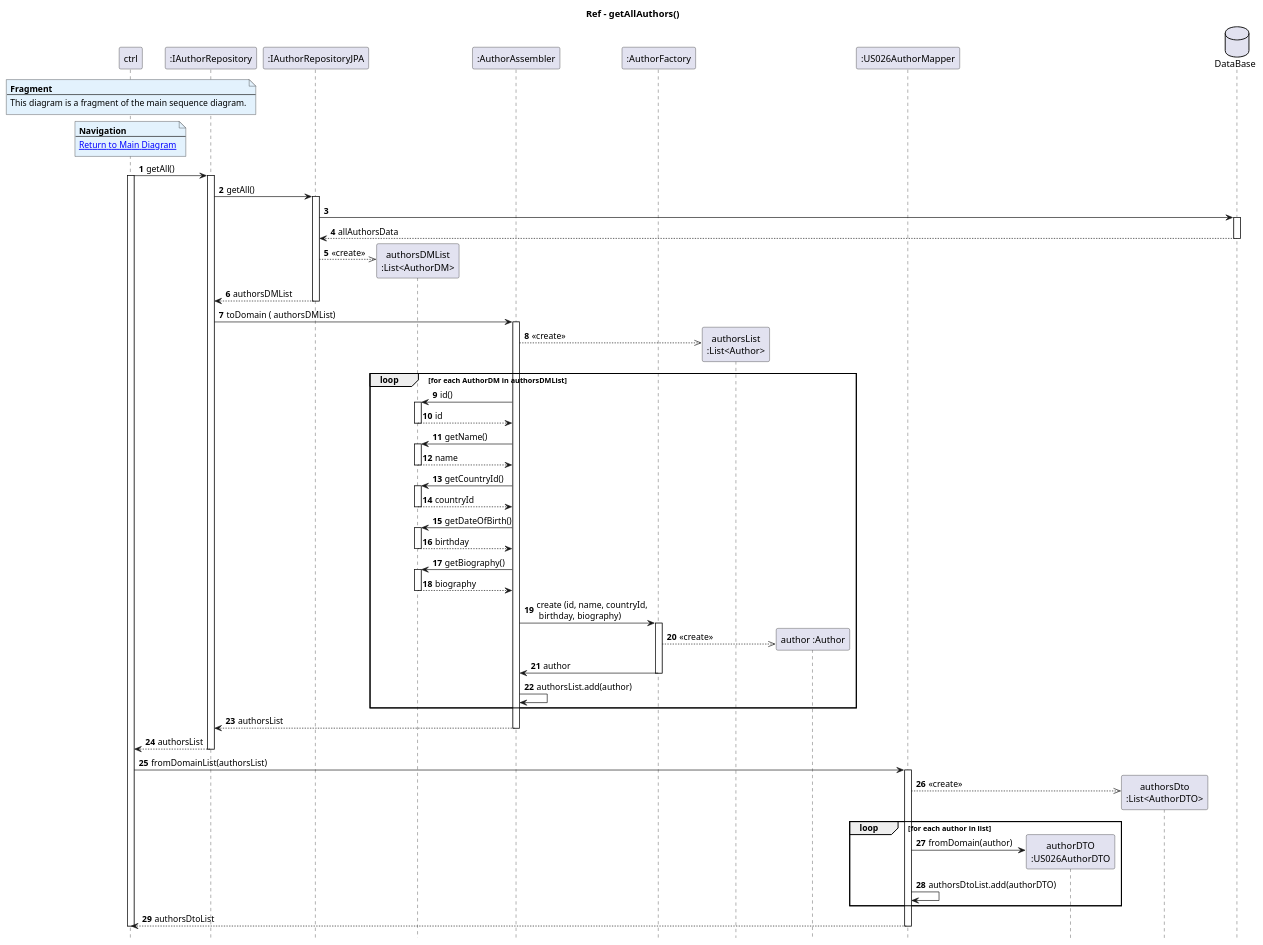
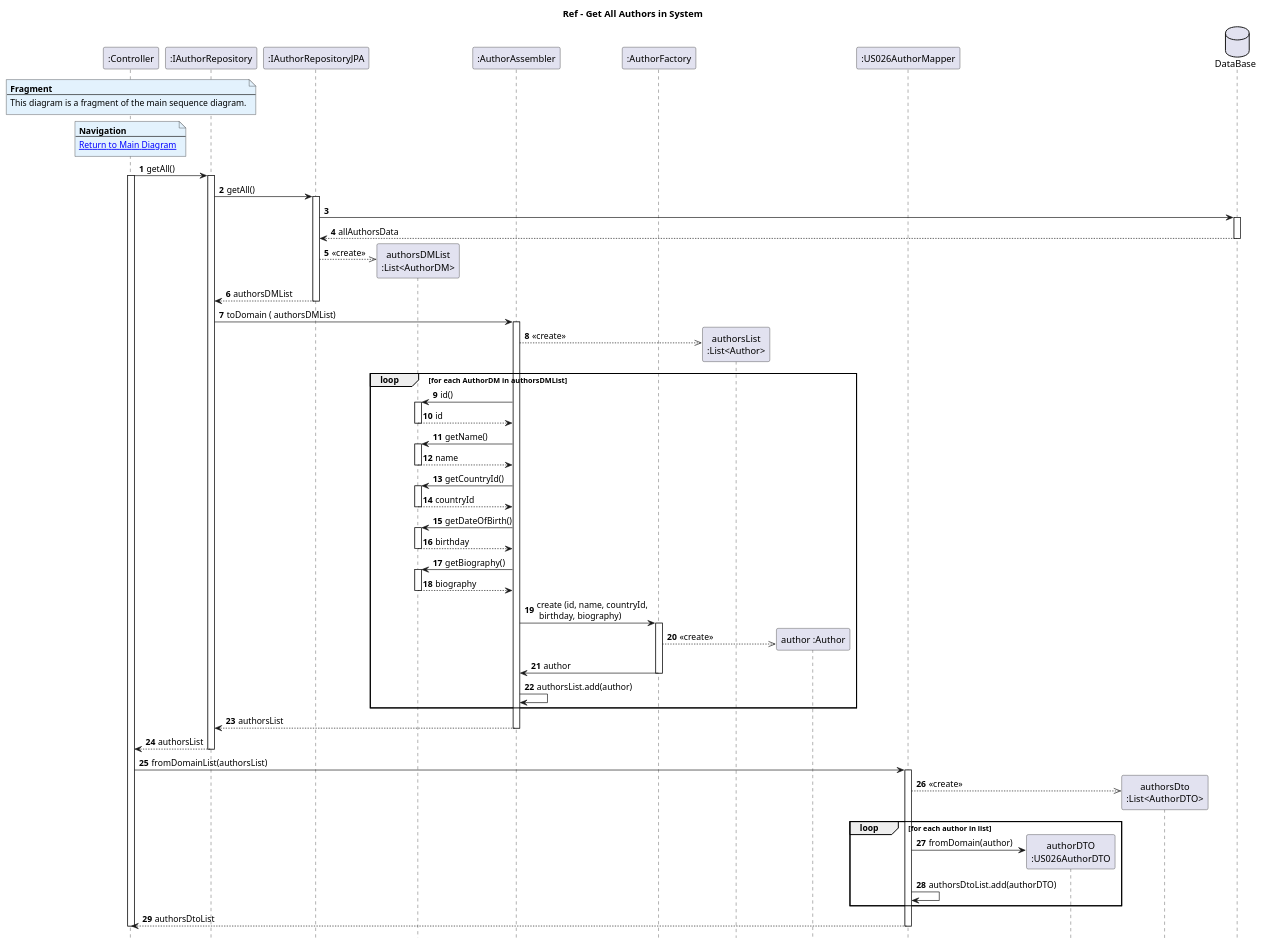
Before and after one commit to AndrePereiraGitH/SWitCH-Project-Team_A: the diagram in Diagrams/SequenceDiagrams/N2/To-get-list-of-items-in-auction-of-a-given-author/2.GetAllAuthors.puml, drawn with PlantUML. The commit also changed 3 other files, not shown here.

Commit message:
refactor #714: rename diagrams and controller according to functionality name

```diff
--- a/Diagrams/SequenceDiagrams/N2/To-get-list-of-items-in-auction-of-a-given-author/2.GetAllAuthors.puml
+++ b/Diagrams/SequenceDiagrams/N2/To-get-list-of-items-in-auction-of-a-given-author/2.GetAllAuthors.puml
@@ -1,124 +1,126 @@
 @startuml
 hide footbox
 autonumber
-title Ref - getAllAuthors()
+title Ref - Get All Authors in System
 
-note over ctrl #E3F2FD
-<b>Fragment</b>
----
-This diagram is a fragment of the main sequence diagram.
-end note
 
-note over ctrl #E3F2FD
-<b>Navigation</b>
----
-[[1.MainDiagram.puml Return to Main Diagram]]
-end note
 
 participant ":Controller" as ctrl
 participant ":IAuthorRepository" as authorRepo
 participant ":IAuthorRepositoryJPA" as authorRepoJpa
 participant "authorsDMList\n:List<AuthorDM>" as authorsDMList
 
 participant ":AuthorAssembler" as authorAssembler
 
 participant ":AuthorFactory" as authorFactory
 
 participant "authorsList\n:List<Author>" as authorsList
 
 participant "author :Author" as author
 
 participant ":US026AuthorMapper" as AuthorMapper
 
 
 participant "authorDTO\n:US026AuthorDTO" as AuthorDTO
 participant "authorsDto\n:List<AuthorDTO>" as AuthorsListDto
 
 database "DataBase" as db
+
+note over ctrl #E3F2FD
+<b>Fragment</b>
+---
+This diagram is a fragment of the main sequence diagram.
+end note
+
+note over ctrl #E3F2FD
+<b>Navigation</b>
+---
+[[1.MainDiagram.puml Return to Main Diagram]]
+end note
 
 ' -------- Get All Authors in System --------
 ctrl -> authorRepo : getAll()
 activate ctrl
 activate authorRepo
 
 authorRepo -> authorRepoJpa : getAll()
 activate authorRepoJpa
 authorRepoJpa -> db
 activate db
 db --> authorRepoJpa : allAuthorsData
 deactivate db
 authorRepoJpa -->> authorsDMList** : <<create>>
 authorRepoJpa --> authorRepo : authorsDMList
 deactivate authorRepoJpa
 
 
 ' ----- CONVERT DM TO DOMAIN ---------------
 
 authorRepo -> authorAssembler : toDomain ( authorsDMList)
 activate authorAssembler
 
 authorAssembler -->> authorsList ** : <<create>>
 
 loop for each AuthorDM in authorsDMList
 
     authorAssembler -> authorsDMList : id()
     activate authorsDMList
     authorsDMList --> authorAssembler : id
     deactivate authorsDMList
 
     authorAssembler -> authorsDMList : getName()
     activate authorsDMList
     authorsDMList --> authorAssembler : name
     deactivate authorsDMList
 
     authorAssembler -> authorsDMList : getCountryId()
     activate authorsDMList
     authorsDMList --> authorAssembler : countryId
     deactivate authorsDMList
 
     authorAssembler -> authorsDMList : getDateOfBirth()
     activate authorsDMList
     authorsDMList --> authorAssembler : birthday
     deactivate authorsDMList
 
     authorAssembler -> authorsDMList : getBiography()
     activate authorsDMList
     authorsDMList --> authorAssembler : biography
     deactivate authorsDMList
 
     authorAssembler -> authorFactory : create (id, name, countryId,\n birthday, biography)
     activate authorFactory
 
     authorFactory -->> author ** : <<create>>
     authorFactory -> authorAssembler : author
     deactivate authorFactory
 
     authorAssembler -> authorAssembler : authorsList.add(author)
 
 end loop
 
 
 deactivate authorFactory
 authorAssembler --> authorRepo : authorsList
 deactivate authorAssembler
 
 
 authorRepo --> ctrl : authorsList
 deactivate authorRepo
 
 
 '------ Convert List of Authors into DTO --------
 ctrl -> AuthorMapper : fromDomainList(authorsList)
 activate AuthorMapper
 AuthorMapper -->> AuthorsListDto ** : <<create>>
 
 loop for each author in list
     AuthorMapper -> AuthorDTO ** : fromDomain(author)
     AuthorMapper -> AuthorMapper : authorsDtoList.add(authorDTO)
 end
 
 AuthorMapper --> ctrl : authorsDtoList
 deactivate AuthorMapper
 
 deactivate ctrl
 @enduml
```
